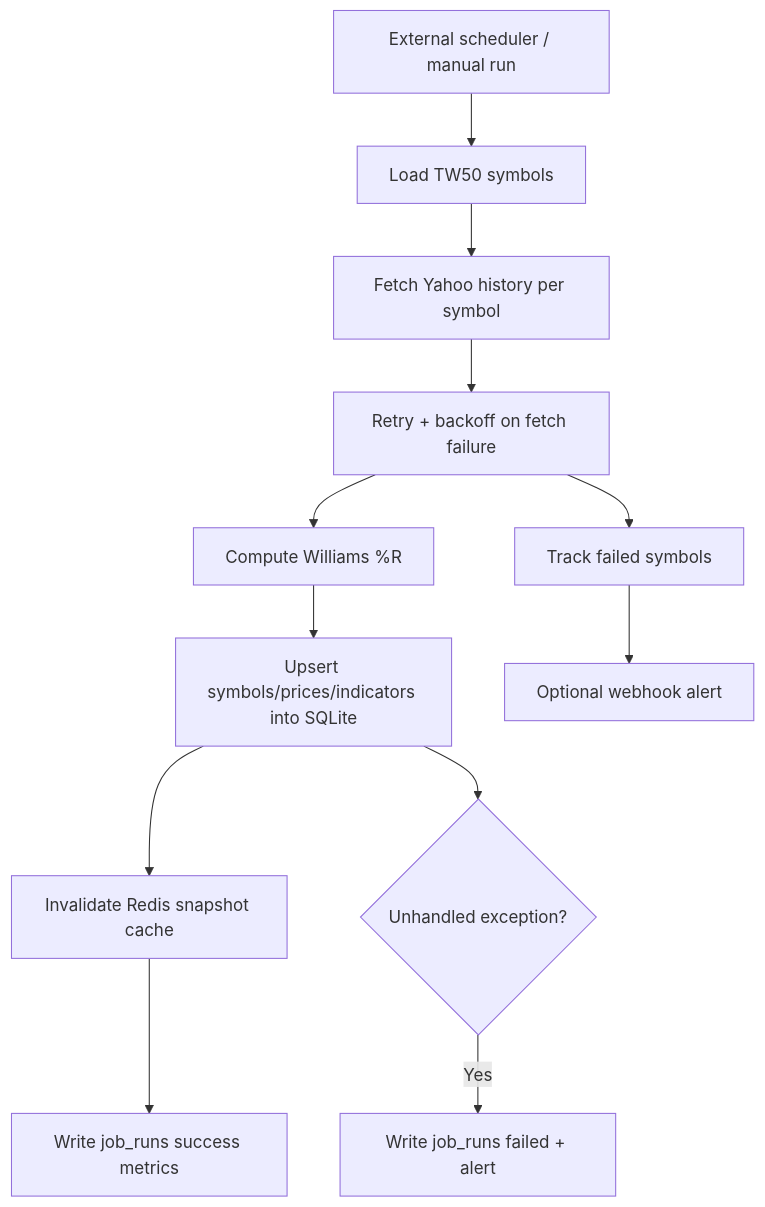
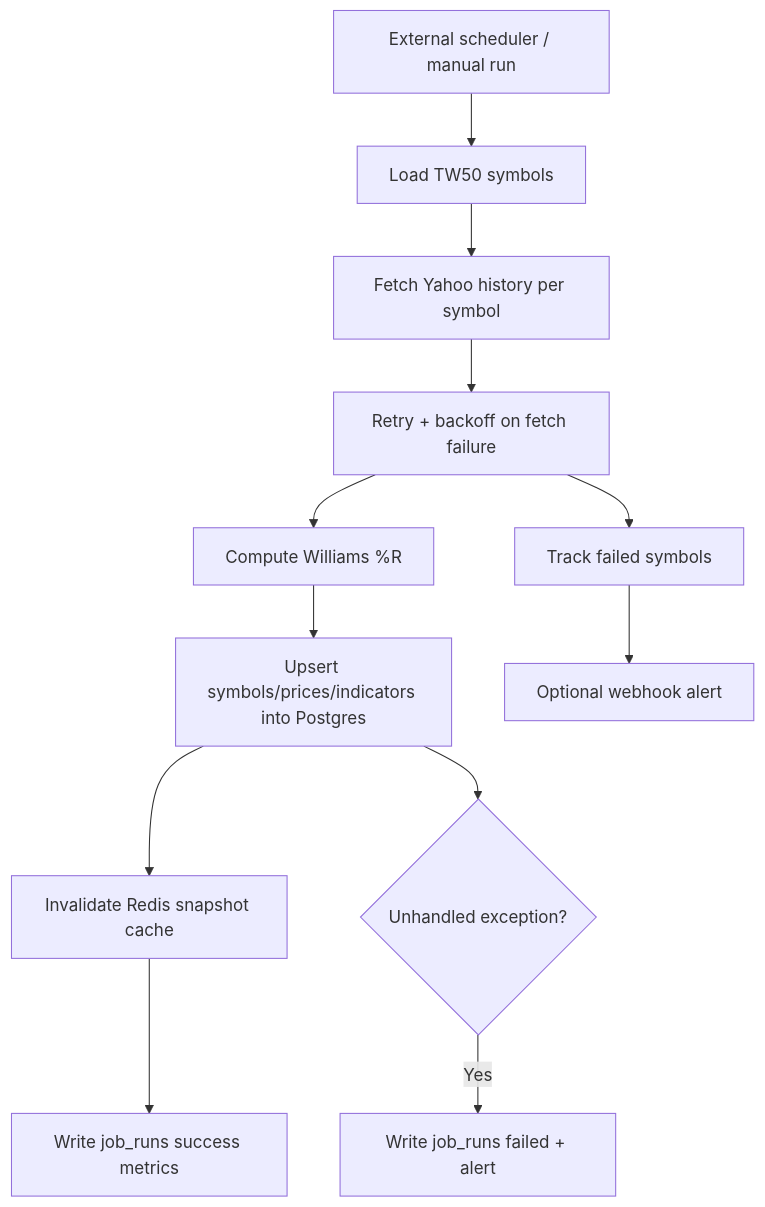
One commit to yenpangchen/willr-dashboard changed the second of 2 diagrams in README.md. Above: the diagram before and after it, drawn with Mermaid. The commit also changed other lines of this file and 8 other files, not shown here.

````diff
--- a/README.md
+++ b/README.md
@@ -55,14 +55,14 @@
 ```mermaid
 flowchart TD
     A[External scheduler / manual run] --> B[Load TW50 symbols]
     B --> C[Fetch Yahoo history per symbol]
     C --> D[Retry + backoff on fetch failure]
     D --> E[Compute Williams %R]
-    E --> F[Upsert symbols/prices/indicators into SQLite]
+    E --> F[Upsert symbols/prices/indicators into Postgres]
     F --> G[Invalidate Redis snapshot cache]
     G --> H[Write job_runs success metrics]
     D --> I[Track failed symbols]
     I --> J[Optional webhook alert]
     F --> K{Unhandled exception?}
     K -- Yes --> L[Write job_runs failed + alert]
 ```
````
